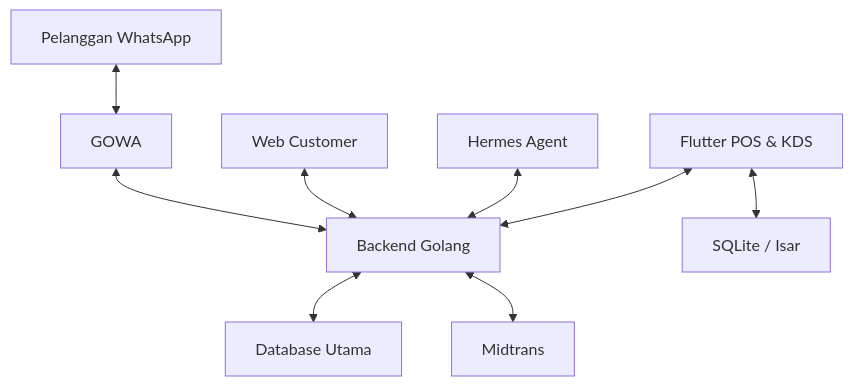
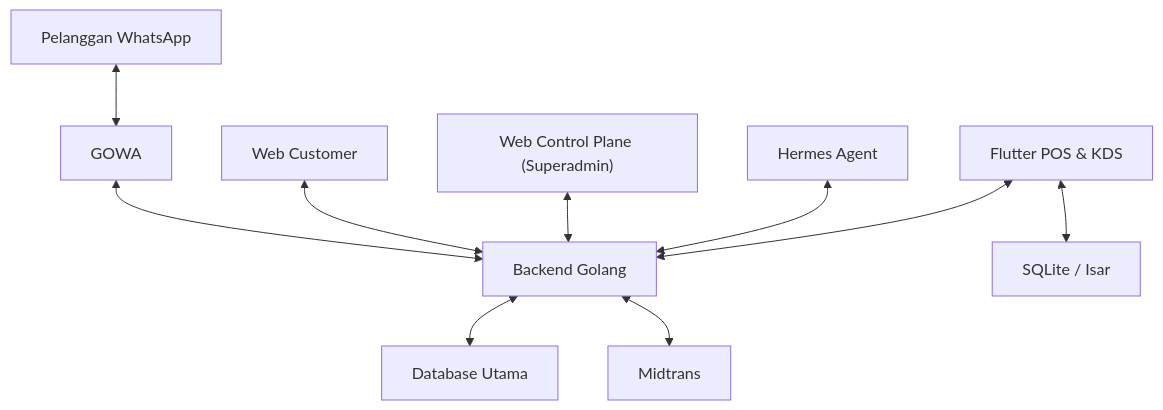
The first of 2 diagrams in PRD.md (yogaananda6677/pesanhub), drawn with Mermaid before and after one commit. The commit also changed other lines of this file and 18 other files, not shown here.

First line of the commit message:
feat(superadmin): implement web-only superadmin control plane and health monitoring (#140) (#142)

````diff
--- a/PRD.md
+++ b/PRD.md
@@ -96,11 +96,12 @@
 ```mermaid
 flowchart TD
     C["Pelanggan WhatsApp"] <--> W["GOWA"]
     W <--> B["Backend Golang"]
     CW["Web Customer"] <--> B
+    SA["Web Control Plane (Superadmin)"] <--> B
     H["Hermes Agent"] <--> B
     F["Flutter POS & KDS"] <--> B
     B <--> D["Database Utama"]
     B <--> M["Midtrans"]
     F <--> L["SQLite / Isar"]
 ```
````
